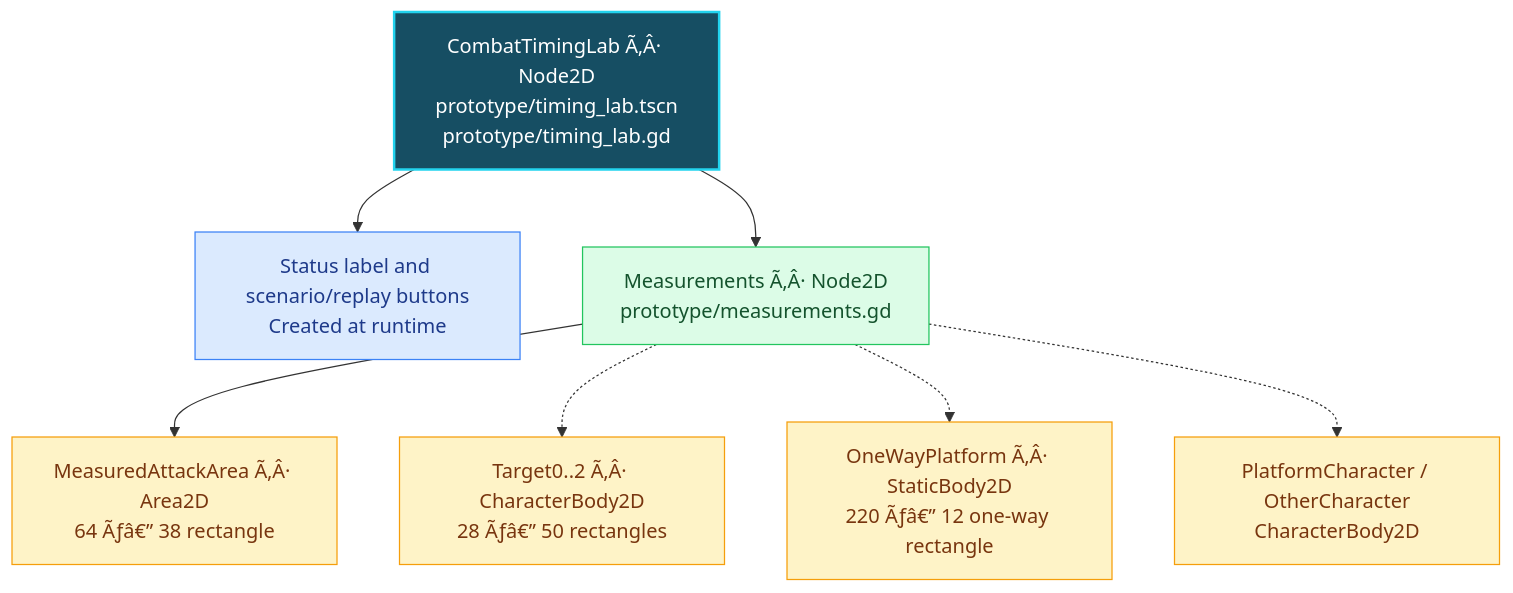
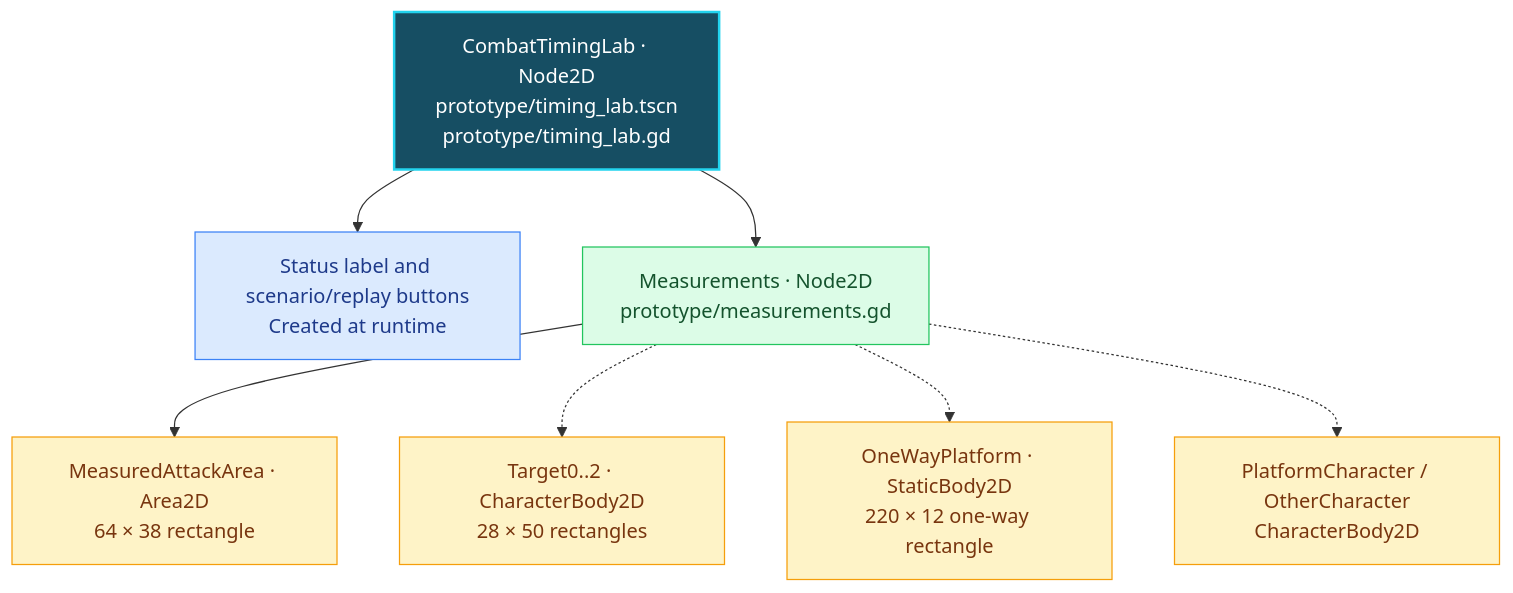
The second of 2 diagrams in docs/architecture/scene-map.md (Fusion2k/smash-fight), drawn with Mermaid before and after one commit. The commit also changed other lines of this file, not shown here.

Commit message:
docs: preserve UTF-8 architecture diagram labels

````diff
--- a/docs/architecture/scene-map.md
+++ b/docs/architecture/scene-map.md
@@ -105,24 +105,24 @@
 ```mermaid
 flowchart TB
-    Lab["CombatTimingLab Ã‚Â· Node2D<br/>prototype/timing_lab.tscn<br/>prototype/timing_lab.gd"]
+    Lab["CombatTimingLab · Node2D<br/>prototype/timing_lab.tscn<br/>prototype/timing_lab.gd"]
     UI["Status label and scenario/replay buttons<br/>Created at runtime"]
-    Measures["Measurements Ã‚Â· Node2D<br/>prototype/measurements.gd"]
-    Area["MeasuredAttackArea Ã‚Â· Area2D<br/>64 Ãƒâ€” 38 rectangle"]
-    Targets["Target0..2 Ã‚Â· CharacterBody2D<br/>28 Ãƒâ€” 50 rectangles"]
-    Platform["OneWayPlatform Ã‚Â· StaticBody2D<br/>220 Ãƒâ€” 12 one-way rectangle"]
+    Measures["Measurements · Node2D<br/>prototype/measurements.gd"]
+    Area["MeasuredAttackArea · Area2D<br/>64 × 38 rectangle"]
+    Targets["Target0..2 · CharacterBody2D<br/>28 × 50 rectangles"]
+    Platform["OneWayPlatform · StaticBody2D<br/>220 × 12 one-way rectangle"]
     Characters["PlatformCharacter / OtherCharacter<br/>CharacterBody2D"]
     Lab --> UI
     Lab --> Measures
     Measures --> Area
     Measures -.-> Targets
     Measures -.-> Platform
     Measures -.-> Characters
     classDef root fill:#164e63,color:#ffffff,stroke:#22d3ee,stroke-width:2px;
     classDef ui fill:#dbeafe,color:#1e3a8a,stroke:#3b82f6;
     classDef measure fill:#dcfce7,color:#14532d,stroke:#22c55e;
     classDef physics fill:#fef3c7,color:#78350f,stroke:#f59e0b;
     class Lab root;
     class UI ui;
     class Measures measure;
     class Area,Targets,Platform,Characters physics;
 ```
````
